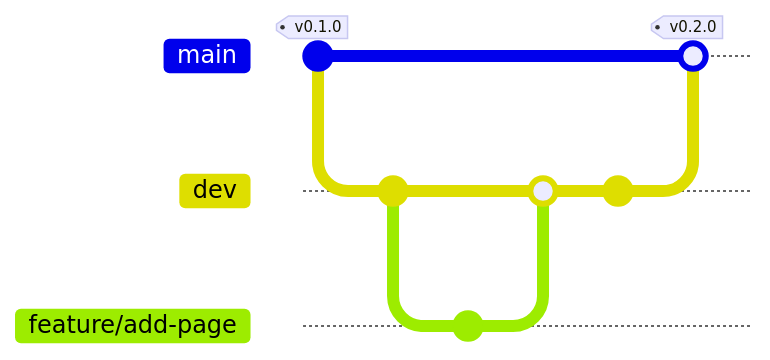
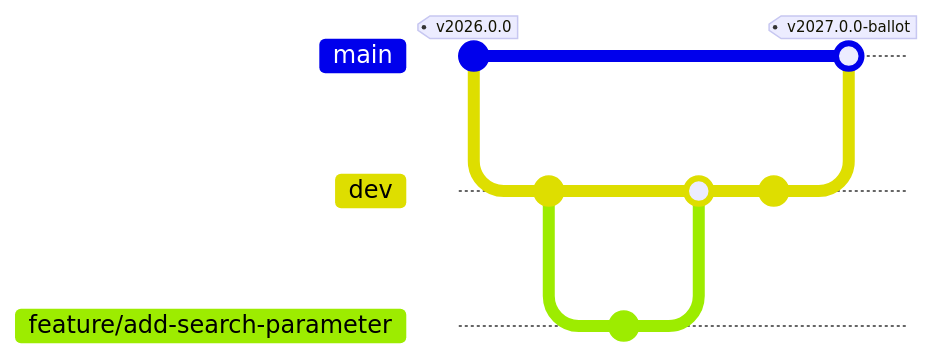
Before and after one commit to medizininformatik-initiative/kerndatensatz-meta: the diagram in CONTRIBUTING.md, drawn with Mermaid. The commit also changed other lines of this file and 3 other files, not shown here. Commit ids are hidden.

````diff
--- a/CONTRIBUTING.md
+++ b/CONTRIBUTING.md
@@ -47,14 +32,14 @@
 ```mermaid
 gitGraph
-  commit tag: "v0.1.0"
+  commit tag: "v2026.0.0"
   branch dev
   checkout dev
   commit
-  branch feature/add-page
+  branch feature/add-search-parameter
   commit
   checkout dev
-  merge feature/add-page
+  merge feature/add-search-parameter
   commit
   checkout main
-  merge dev tag: "v0.2.0"
+  merge dev tag: "v2027.0.0-ballot"
 ```
````
